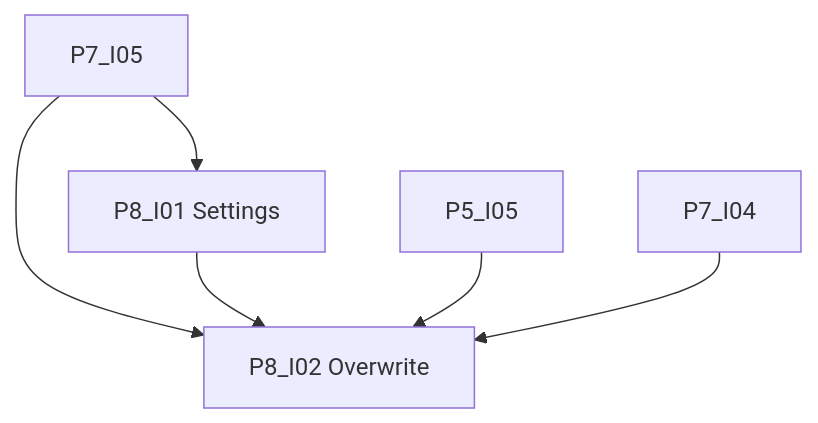
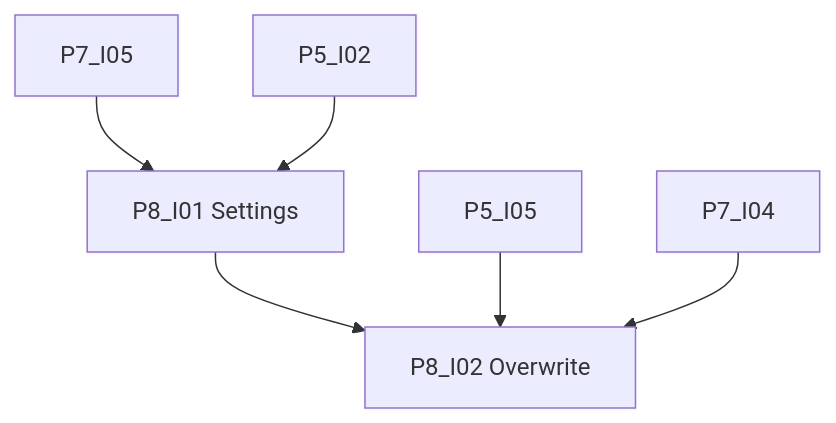
One commit to YannikG/ffhs-gkisw-obsidian-plugin changed the diagram in docs/roadmap/phase-8/README.md. Above: the diagram before and after it, drawn with Mermaid.

Commit message:
docs(phase-8): Abhängigkeitsgraph an Issue-Metadaten anpassen
P5-I02 als Vorgänger von P8-I01; direkte Kante P7-I05→P8-I02 entfernt.

````diff
--- a/docs/roadmap/phase-8/README.md
+++ b/docs/roadmap/phase-8/README.md
@@ -28,13 +28,14 @@
 ```mermaid
 flowchart TD
   P7DoD[P7_I05]
   I01[P8_I01 Settings]
   I02[P8_I02 Overwrite]
+  P5I02[P5_I02]
   P5I05[P5_I05]
   P7I04[P7_I04]
   P7DoD --> I01
-  P7DoD --> I02
+  P5I02 --> I01
   I01 --> I02
   P5I05 --> I02
   P7I04 --> I02
 ```
````
